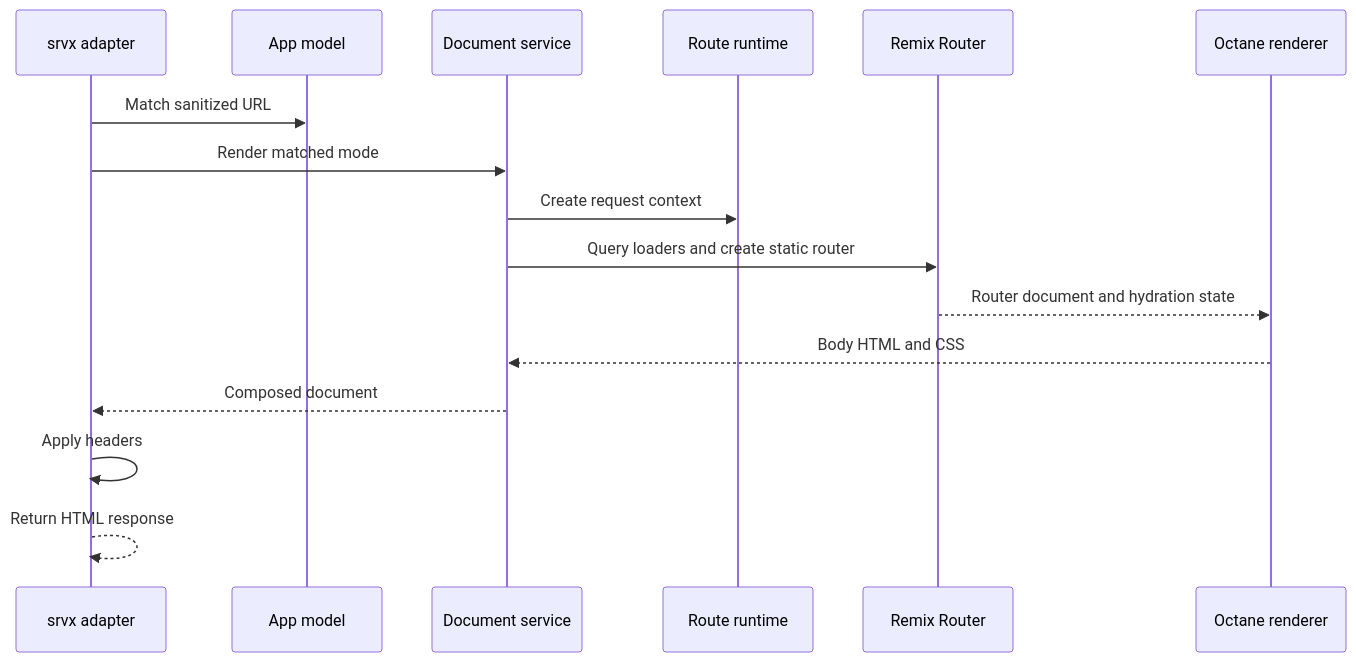
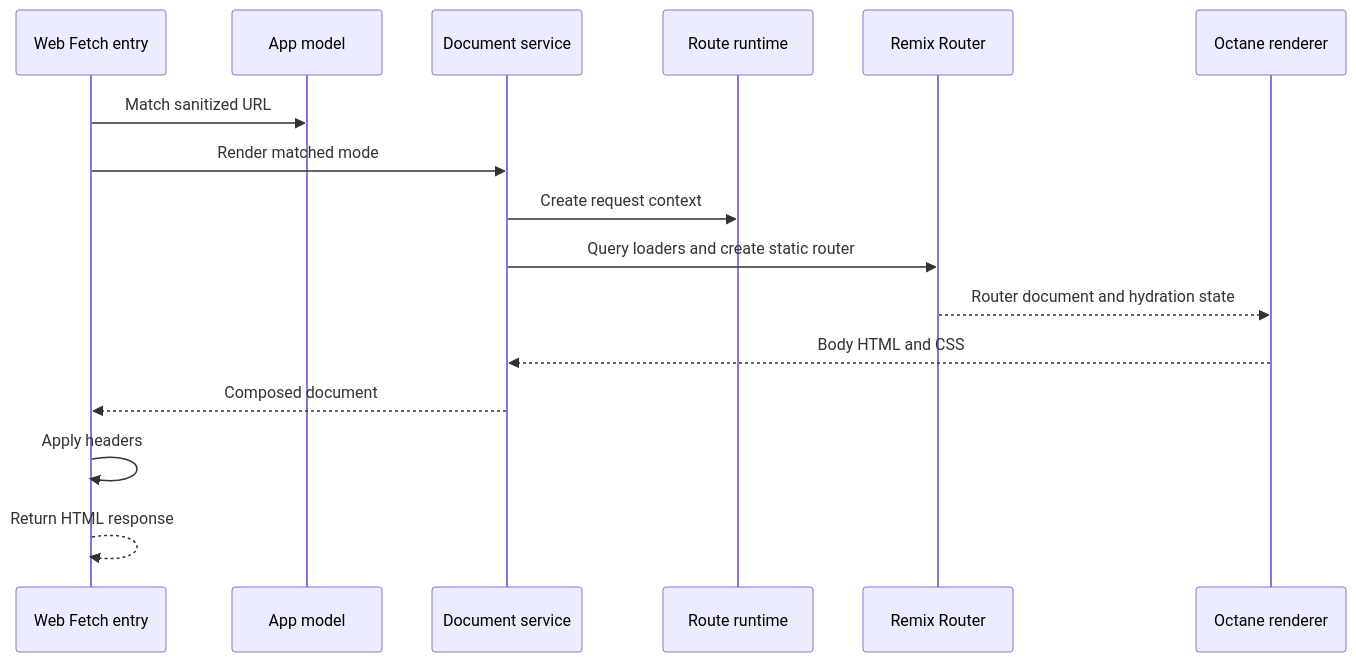
Before and after one commit to aleclarson/flamefront: the first of 2 diagrams in design/lifecycles.md, drawn with Mermaid. The commit also changed other lines of this file and 21 other files, not shown here.

Commit message:
feat(flamefront): add fetch and adapter output targets

````diff
--- a/design/lifecycles.md
+++ b/design/lifecycles.md
@@ -24,19 +25,19 @@
 ```mermaid
 sequenceDiagram
-  participant HTTP as srvx adapter
+  participant HTTP as Web Fetch entry
   participant App as App model
   participant Documents as Document service
   participant Runtime as Route runtime
   participant Router as Remix Router
   participant Octane as Octane renderer
 
   HTTP->>App: Match sanitized URL
   HTTP->>Documents: Render matched mode
   Documents->>Runtime: Create request context
   Documents->>Router: Query loaders and create static router
   Router-->>Octane: Router document and hydration state
   Octane-->>Documents: Body HTML and CSS
   Documents-->>HTTP: Composed document
   HTTP->>HTTP: Apply headers
   HTTP-->>HTTP: Return HTML response
 ```
````
